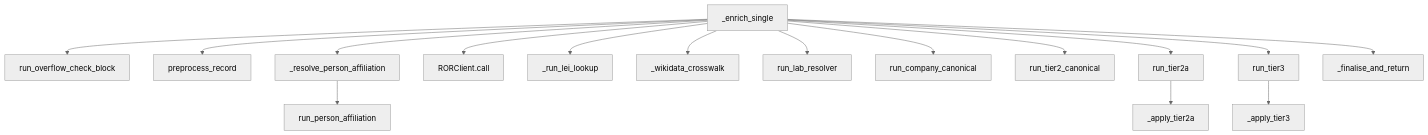
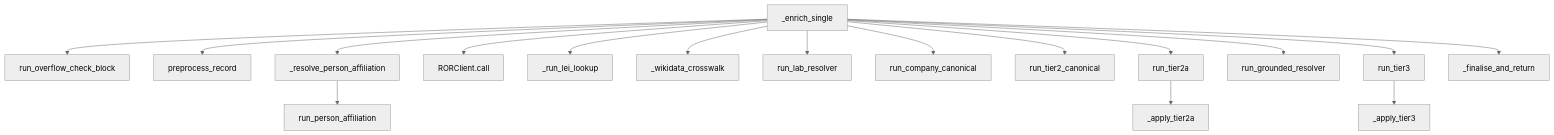
The second of 7 diagrams in docs/thesis/00_INVENTORY.md (apoorva1717/Intelligent-MDM-Pipeline), drawn with Mermaid (neutral theme) before and after one commit. The commit also changed other lines of this file and 9 other files, not shown here.

````diff
--- a/docs/thesis/00_INVENTORY.md
+++ b/docs/thesis/00_INVENTORY.md
@@ -304,18 +347,19 @@
 ```mermaid
 flowchart TD
     A[_enrich_single] --> B[run_overflow_check_block]
     A --> C[preprocess_record]
     A --> D[_resolve_person_affiliation]
     D --> E[run_person_affiliation]
     A --> F[RORClient.call]
     A --> G[_run_lei_lookup]
     A --> H[_wikidata_crosswalk]
     A --> I[run_lab_resolver]
     A --> J[run_company_canonical]
     A --> K[run_tier2_canonical]
     A --> L[run_tier2a]
     L --> M[_apply_tier2a]
-    A --> N[run_tier3]
-    N --> O[_apply_tier3]
-    A --> P[_finalise_and_return]
+    A --> N[run_grounded_resolver]
+    A --> O[run_tier3]
+    O --> P[_apply_tier3]
+    A --> Q[_finalise_and_return]
 ```
````
